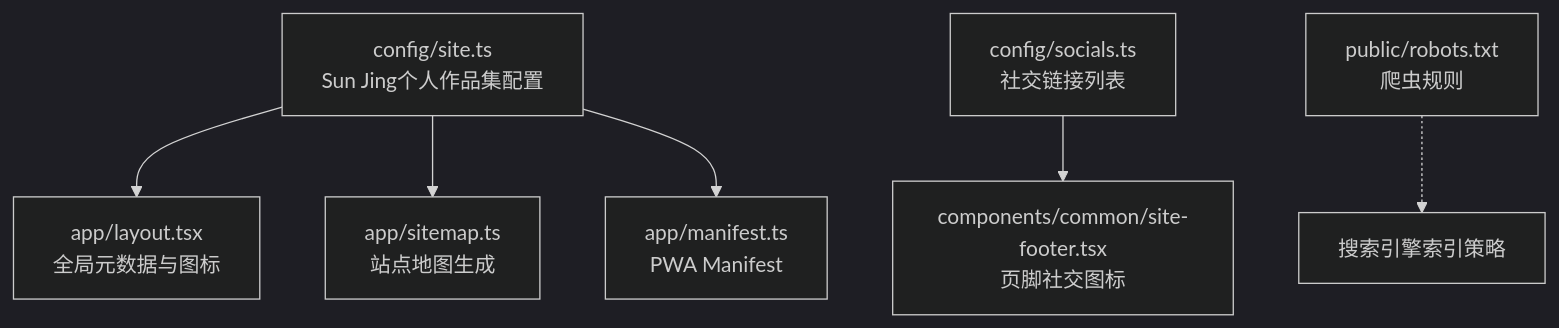
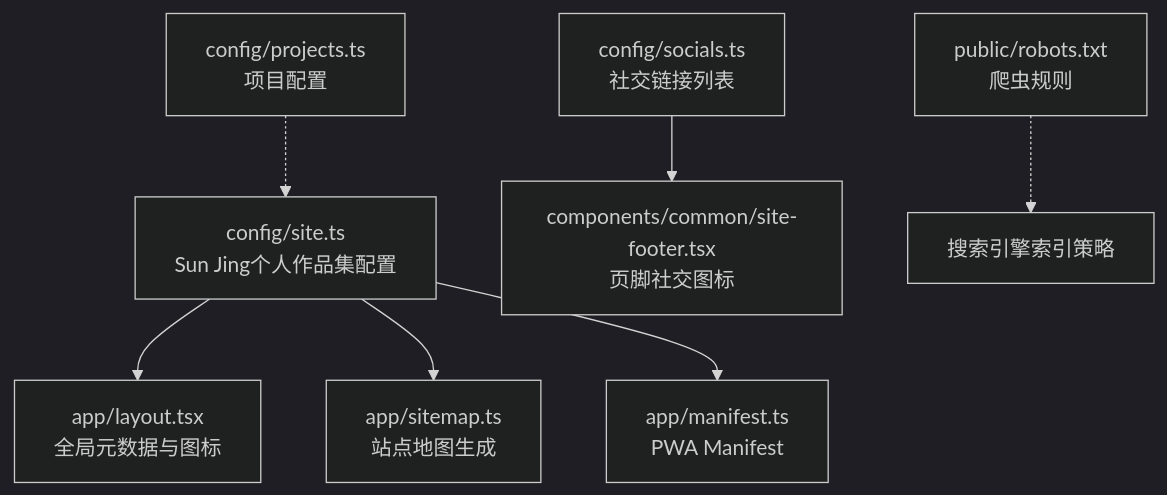
One commit to florianjsun/next-portfolio changed the first of 3 diagrams in .qoder/repowiki/zh/content/配置指南/站点配置.md. Above: the diagram before and after it, drawn with Mermaid (dark theme). The commit also changed other lines of this file and 4 other files, not shown here.

````diff
--- a/.qoder/repowiki/zh/content/配置指南/站点配置.md
+++ b/.qoder/repowiki/zh/content/配置指南/站点配置.md
@@ -41,8 +45,9 @@
 ```mermaid
 graph TB
 A["config/site.ts<br/>Sun Jing个人作品集配置"] --> B["app/layout.tsx<br/>全局元数据与图标"]
 A --> C["app/sitemap.ts<br/>站点地图生成"]
 A --> D["app/manifest.ts<br/>PWA Manifest"]
 E["config/socials.ts<br/>社交链接列表"] --> F["components/common/site-footer.tsx<br/>页脚社交图标"]
 G["public/robots.txt<br/>爬虫规则"] -.-> H["搜索引擎索引策略"]
+I["config/projects.ts<br/>项目配置"] -.-> A
 ```
````
